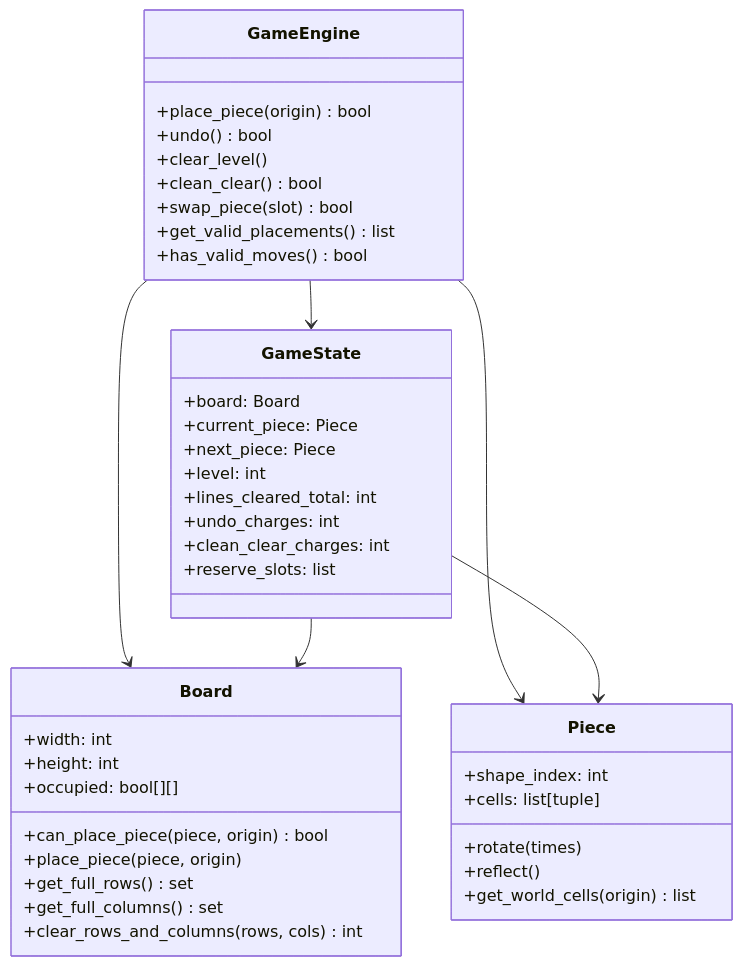
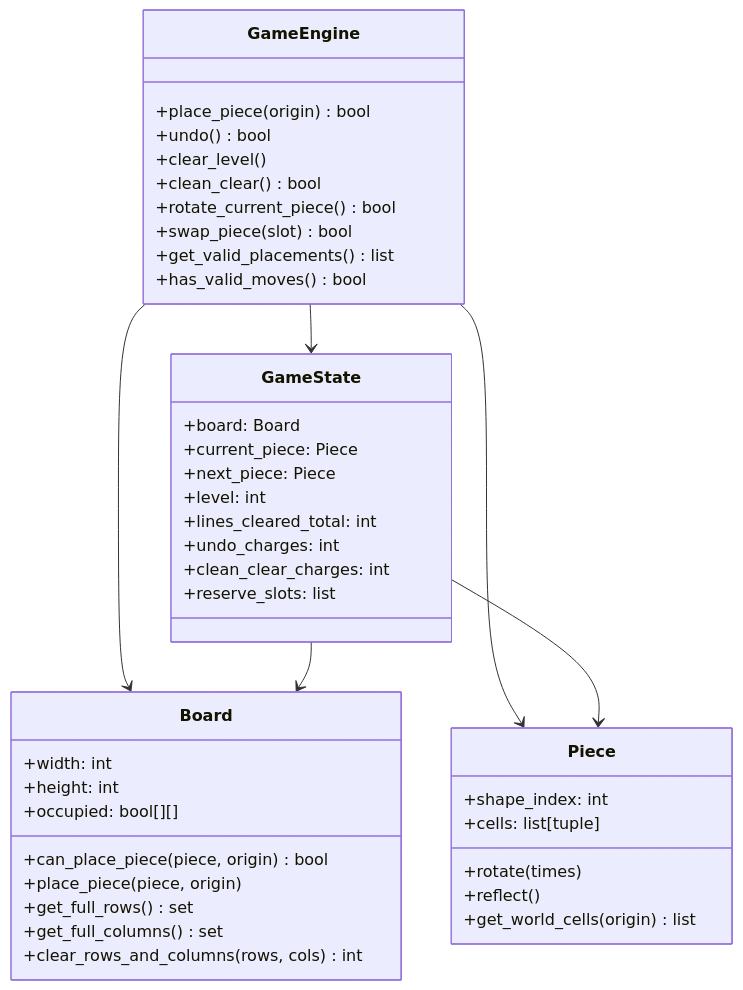
The second of 4 diagrams in architecture_diagram.md (jeffwright13/zentiles), drawn with Mermaid before and after one commit. The commit also changed other lines of this file and 5 other files, not shown here.

First line of the commit message:
Fix message toast bug, add configurable piece grip, add Rotate power-up (#1)

````diff
--- a/architecture_diagram.md
+++ b/architecture_diagram.md
@@ -38,48 +38,49 @@
 ```mermaid
 classDiagram
     class GameEngine {
         +place_piece(origin) bool
         +undo() bool
         +clear_level()
         +clean_clear() bool
+        +rotate_current_piece() bool
         +swap_piece(slot) bool
         +get_valid_placements() list
         +has_valid_moves() bool
     }
     
     class GameState {
         +board: Board
         +current_piece: Piece
         +next_piece: Piece
         +level: int
         +lines_cleared_total: int
         +undo_charges: int
         +clean_clear_charges: int
         +reserve_slots: list
     }
     
     class Board {
         +width: int
         +height: int
         +occupied: bool[][]
         +can_place_piece(piece, origin) bool
         +place_piece(piece, origin)
         +get_full_rows() set
         +get_full_columns() set
         +clear_rows_and_columns(rows, cols) int
     }
     
     class Piece {
         +shape_index: int
         +cells: list[tuple]
         +rotate(times)
         +reflect()
         +get_world_cells(origin) list
     }
     
     GameEngine --> GameState
     GameEngine --> Board
     GameEngine --> Piece
     GameState --> Board
     GameState --> Piece
 ```
````
